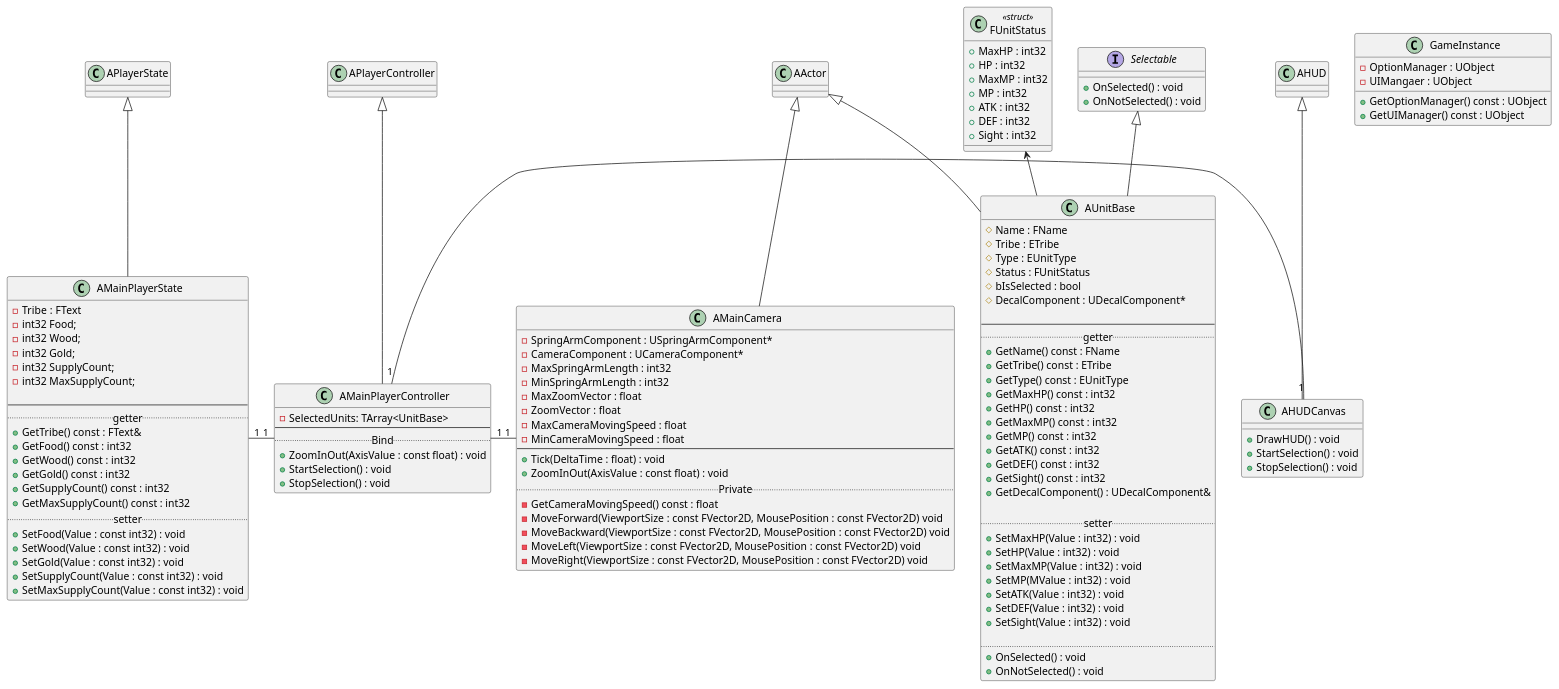
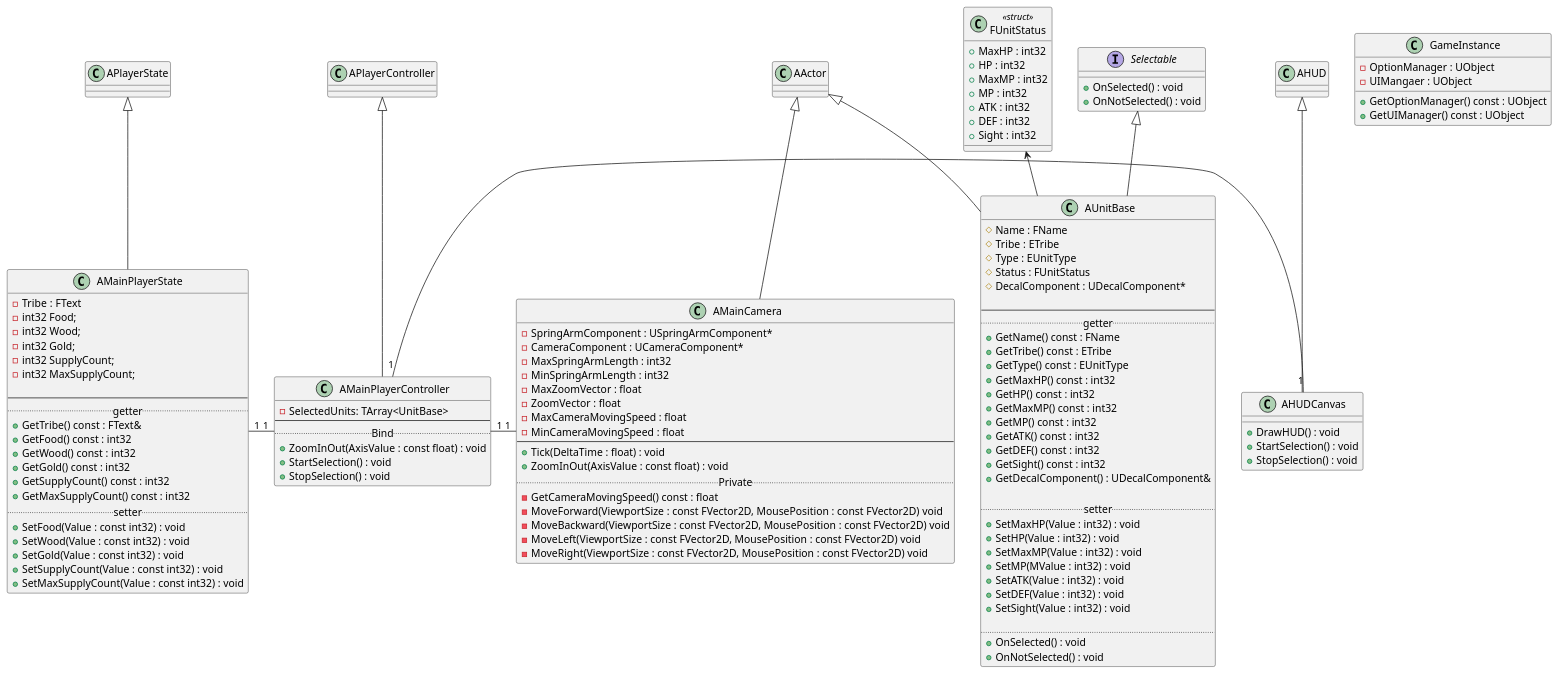
The diagram in Doument/ClassUML.puml (WorkingMirMir/RTS), drawn with PlantUML before and after one commit.

Commit message:
ClassUML 0.1.2

```diff
--- a/Doument/ClassUML.puml
+++ b/Doument/ClassUML.puml
@@ -2,140 +2,139 @@
 @startuml ClassUML
 
 class GameInstance
 {
     -OptionManager : UObject
     -UIMangaer : UObject
 
     +GetOptionManager() const : UObject
     +GetUIManager() const : UObject
 }
 
 class AHUDCanvas
 {
     +DrawHUD() : void
     +StartSelection() : void
     +StopSelection() : void
 }
 
 class AMainPlayerController
 {
     -SelectedUnits: TArray<UnitBase>
     --
     .. Bind ..
     +ZoomInOut(AxisValue : const float) : void
     +StartSelection() : void
     +StopSelection() : void
 }
 
 class AMainCamera 
 {
     -SpringArmComponent : USpringArmComponent*
     -CameraComponent : UCameraComponent*
     -MaxSpringArmLength : int32
     -MinSpringArmLength : int32
     -MaxZoomVector : float
     -ZoomVector : float
     -MaxCameraMovingSpeed : float
     -MinCameraMovingSpeed : float
     --
     +Tick(DeltaTime : float) : void
     +ZoomInOut(AxisValue : const float) : void
     .. Private ..
     -GetCameraMovingSpeed() const : float
     -MoveForward(ViewportSize : const FVector2D, MousePosition : const FVector2D) void
     -MoveBackward(ViewportSize : const FVector2D, MousePosition : const FVector2D) void
     -MoveLeft(ViewportSize : const FVector2D, MousePosition : const FVector2D) void
     -MoveRight(ViewportSize : const FVector2D, MousePosition : const FVector2D) void
 }
 
 class AMainPlayerState
 {
     -Tribe : FText
     -int32 Food;
     -int32 Wood;
     -int32 Gold;
     -int32 SupplyCount;
     -int32 MaxSupplyCount;
 
     --
     .. getter ..
     +GetTribe() const : FText&
     +GetFood() const : int32
     +GetWood() const : int32
     +GetGold() const : int32
     +GetSupplyCount() const : int32
     +GetMaxSupplyCount() const : int32
     .. setter ..
     +SetFood(Value : const int32) : void
     +SetWood(Value : const int32) : void
     +SetGold(Value : const int32) : void
     +SetSupplyCount(Value : const int32) : void
     +SetMaxSupplyCount(Value : const int32) : void
 }
 
 class FUnitStatus <<struct>>
 {
     +MaxHP : int32
     +HP : int32
     +MaxMP : int32
     +MP : int32
     +ATK : int32
     +DEF : int32
     +Sight : int32
 }
 
 interface Selectable
 {
     +OnSelected() : void
     +OnNotSelected() : void
 }
 
 class AUnitBase
 {
     #Name : FName
     #Tribe : ETribe
     #Type : EUnitType
     #Status : FUnitStatus
-    #bIsSelected : bool
     #DecalComponent : UDecalComponent*
 
     --
     .. getter ..
     +GetName() const : FName
     +GetTribe() const : ETribe
     +GetType() const : EUnitType
     +GetMaxHP() const : int32
     +GetHP() const : int32
     +GetMaxMP() const : int32
     +GetMP() const : int32
     +GetATK() const : int32
     +GetDEF() const : int32
     +GetSight() const : int32
     +GetDecalComponent() : UDecalComponent&
 
     ..setter..
     +SetMaxHP(Value : int32) : void
     +SetHP(Value : int32) : void
     +SetMaxMP(Value : int32) : void
     +SetMP(MValue : int32) : void
     +SetATK(Value : int32) : void
     +SetDEF(Value : int32) : void
     +SetSight(Value : int32) : void
     
     ..
     +OnSelected() : void
     +OnNotSelected() : void
 }
 
 AHUD <|-- AHUDCanvas
 AActor <|-- AMainCamera
 AActor <|-- AUnitBase
 Selectable <|-- AUnitBase
 FUnitStatus <-- AUnitBase
 APlayerController <|-- AMainPlayerController
 APlayerState <|-- AMainPlayerState
 AMainPlayerState "1" - "1" AMainPlayerController
 AMainPlayerController "1" - "1" AMainCamera
 AMainPlayerController "1" - "1" AHUDCanvas
 
 @enduml
```
